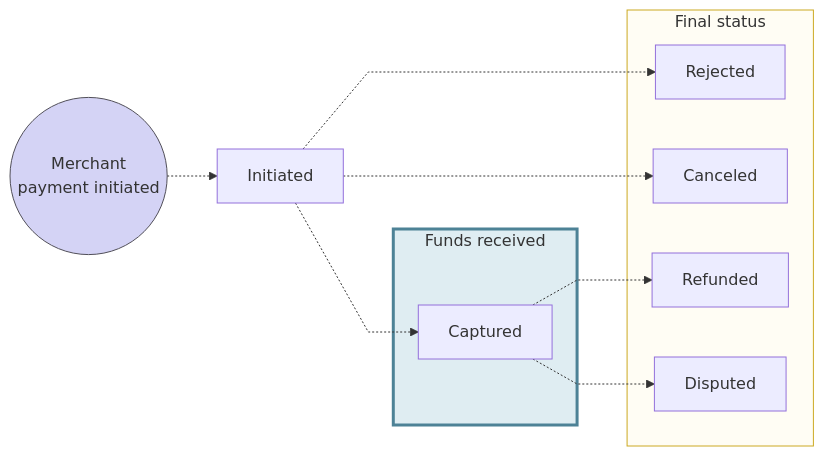
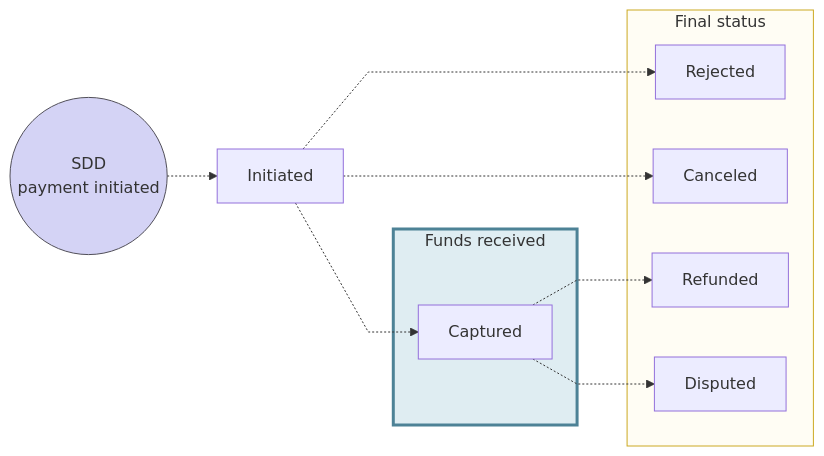
The diagram in docs/topics/merchants/online/sdd/index.mdx (swan-io/docs), drawn with Mermaid before and after one commit. The commit also changed other lines of this file, not shown here.

Commit message:
Update to statuses and addition of payment object balances

````diff
--- a/docs/topics/merchants/online/sdd/index.mdx
+++ b/docs/topics/merchants/online/sdd/index.mdx
@@ -28,22 +28,22 @@
 ```mermaid
 %%{ init: { 'flowchart': { 'curve': 'linear' } } }%%
 flowchart LR
-    MPI((Merchant<br/>payment initiated)) -.-> I[Initiated]
+    SDDPI((SDD<br/>payment initiated)) -.-> I[Initiated]
     I -.-> CP[Captured]
     I -.-> RJ[Rejected]
     I -.-> CN[Canceled]
     CP -.-> RF[Refunded]
     CP -.-> D[Disputed]
     subgraph FR[Funds received]
         CP
     end
     subgraph F[Final status]
         RJ
         CN
         RF
         D
     end
-    style MPI fill:#D4D3F5,stroke:#514F59
+    style SDDPI fill:#D4D3F5,stroke:#514F59
     style F fill:#fffdf4,stroke:#cca922
     style FR fill:#dfedf2,stroke:#4d8296, stroke-width:3px
 ```
````
